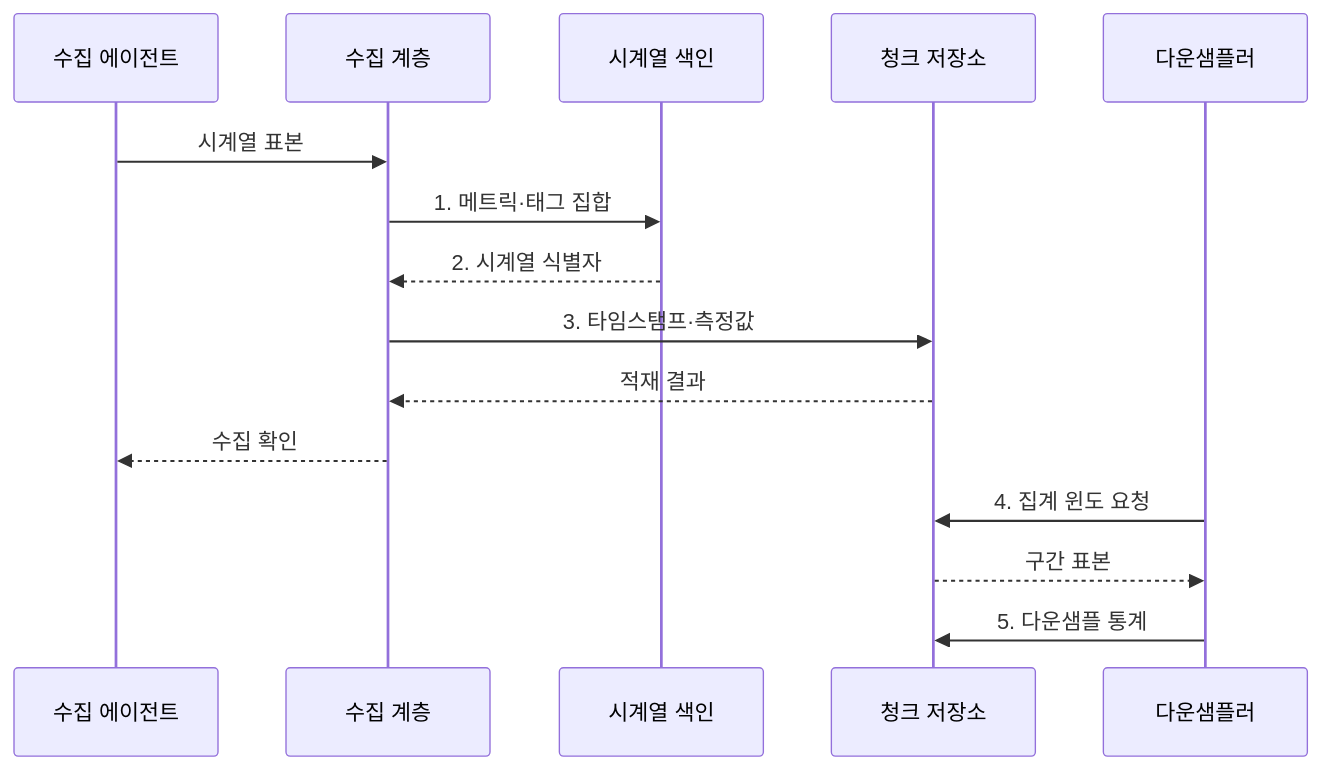
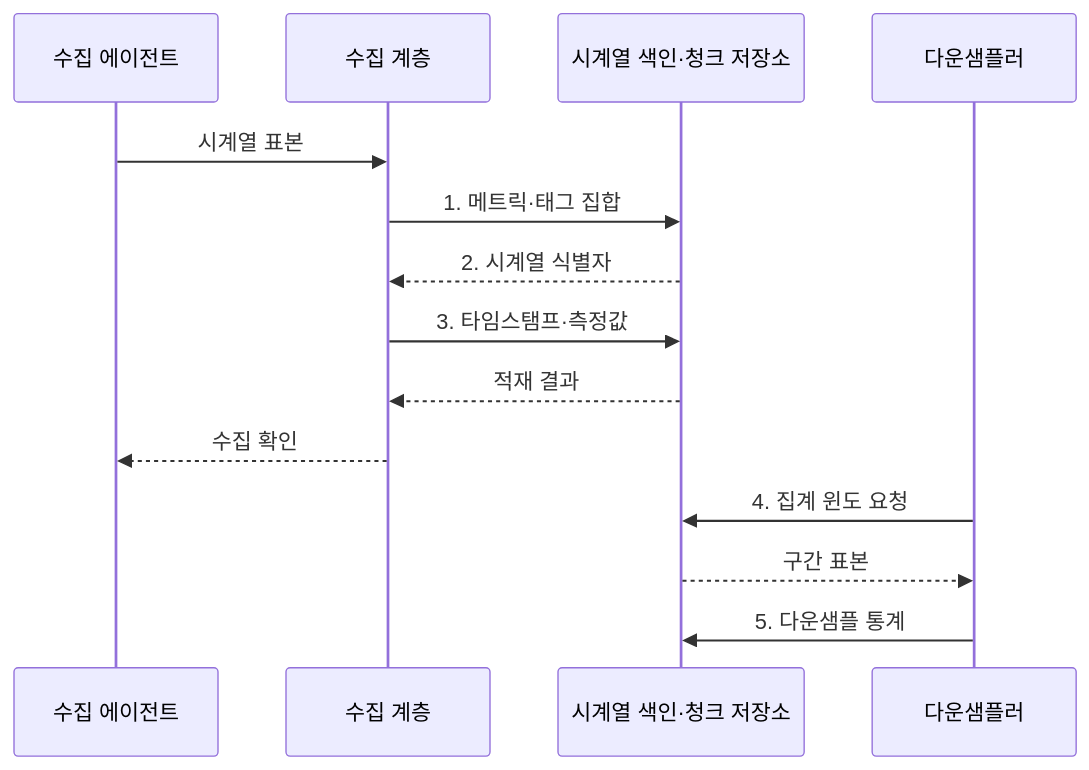
The second of 2 diagrams in src/content/docs/notes/03-software/110_time_series_database.md (agnusdei1207/knowledge-base), drawn with Mermaid before and after one commit. The commit also changed 7 other files, not shown here.

Commit message:
Refine distributed data diagrams

````diff
--- a/src/content/docs/notes/03-software/110_time_series_database.md
+++ b/src/content/docs/notes/03-software/110_time_series_database.md
@@ -99,17 +99,16 @@
 ```mermaid
 sequenceDiagram
     participant A as 수집 에이전트
     participant I as 수집 계층
-    participant X as 시계열 색인
-    participant C as 청크 저장소
+    participant C as 시계열 색인·청크 저장소
     participant D as 다운샘플러
     A->>I: 시계열 표본
-    I->>X: 1. 메트릭·태그 집합
-    X-->>I: 2. 시계열 식별자
+    I->>C: 1. 메트릭·태그 집합
+    C-->>I: 2. 시계열 식별자
     I->>C: 3. 타임스탬프·측정값
     C-->>I: 적재 결과
     I-->>A: 수집 확인
     D->>C: 4. 집계 윈도 요청
     C-->>D: 구간 표본
     D->>C: 5. 다운샘플 통계
 ```
````
